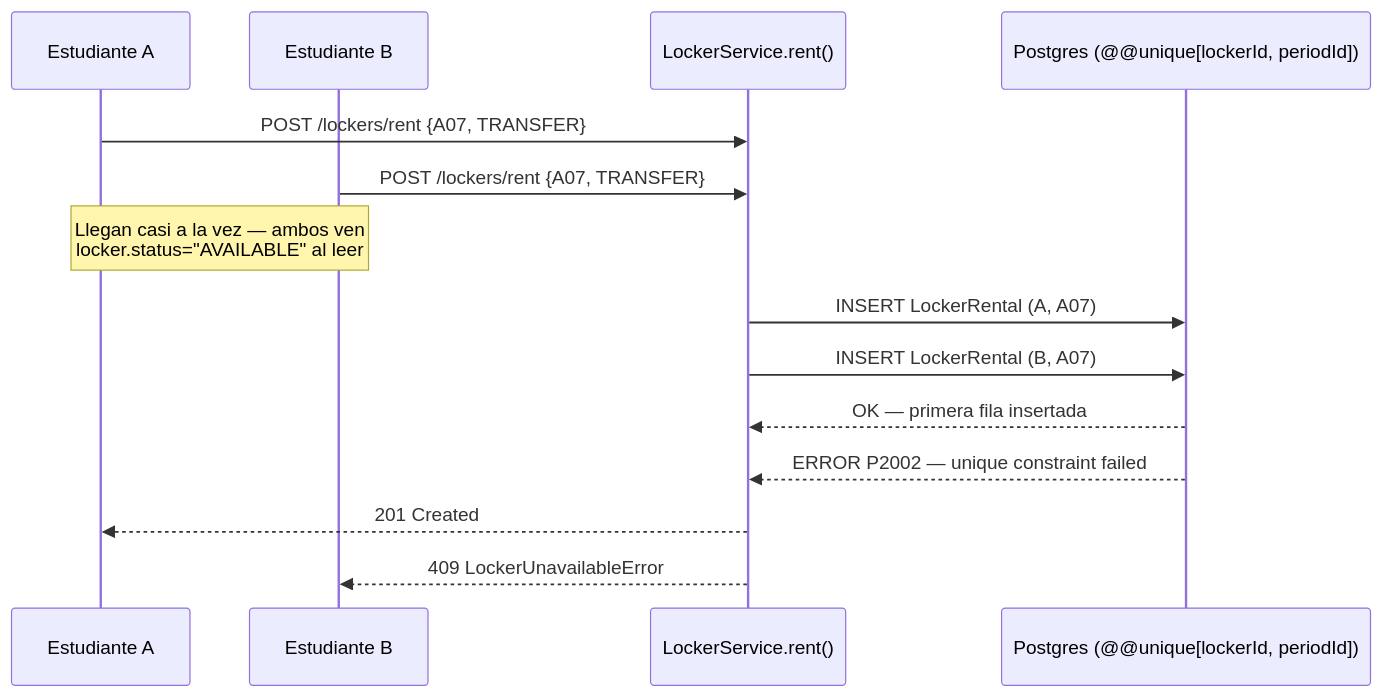
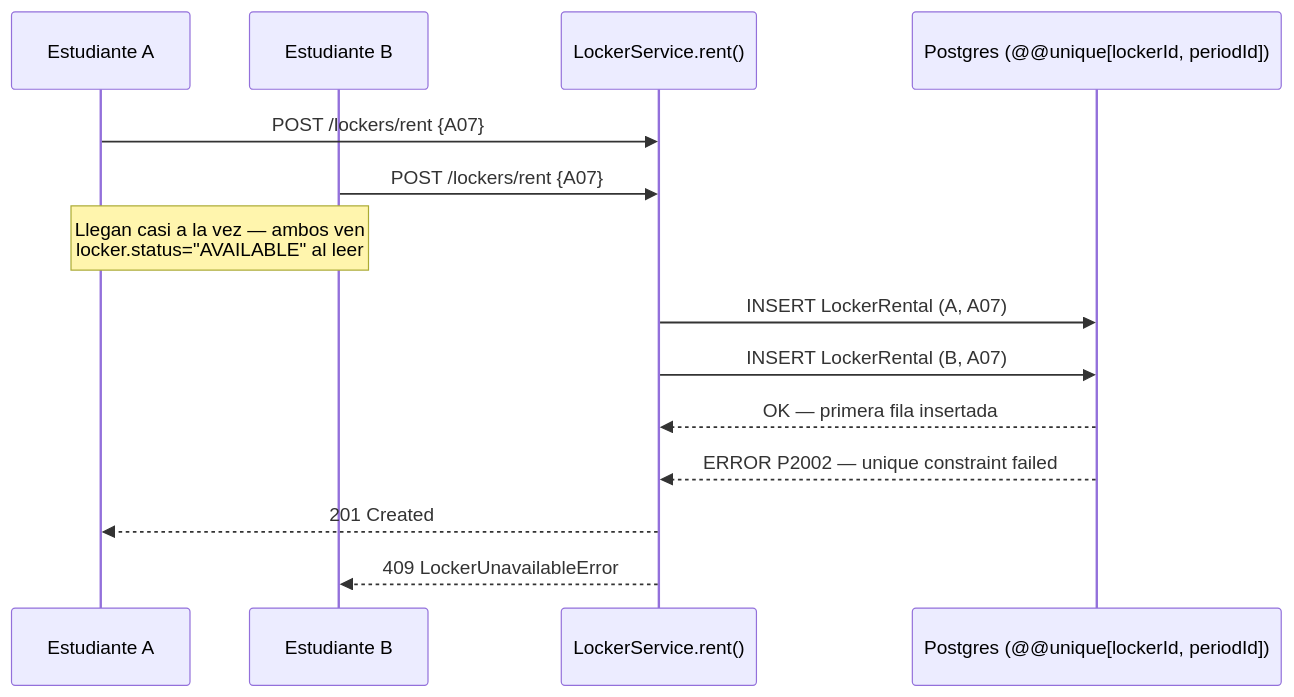
One commit to marcado993/concepto changed the first of 4 diagrams in docs/dominio/12-concurrencia-y-testing.md. Above: the diagram before and after it, drawn with Mermaid. The commit also changed other lines of this file and 28 other files, not shown here.

````diff
--- a/docs/dominio/12-concurrencia-y-testing.md
+++ b/docs/dominio/12-concurrencia-y-testing.md
@@ -17,17 +17,17 @@
 ```mermaid
 sequenceDiagram
     participant EA as Estudiante A
     participant EB as Estudiante B
     participant API as LockerService.rent()
     participant DB as Postgres (@@unique[lockerId, periodId])
 
-    EA->>API: POST /lockers/rent {A07, TRANSFER}
-    EB->>API: POST /lockers/rent {A07, TRANSFER}
+    EA->>API: POST /lockers/rent {A07}
+    EB->>API: POST /lockers/rent {A07}
     Note over EA,EB: Llegan casi a la vez — ambos ven<br/>locker.status="AVAILABLE" al leer
     API->>DB: INSERT LockerRental (A, A07)
     API->>DB: INSERT LockerRental (B, A07)
     DB-->>API: OK — primera fila insertada
     DB-->>API: ERROR P2002 — unique constraint failed
     API-->>EA: 201 Created
     API-->>EB: 409 LockerUnavailableError
 ```
````
